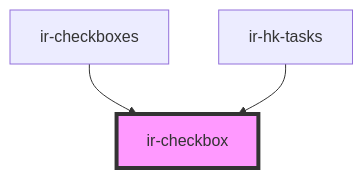
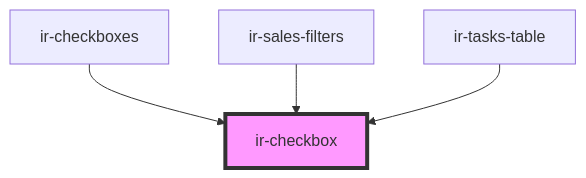
One commit to RonyRizk/ir-webcmp changed the diagram in src/components/ui/ir-checkbox/readme.md. Above: the diagram before and after it, drawn with Mermaid. The commit also changed other lines of this file and 293 other files, not shown here.

````diff
--- a/src/components/ui/ir-checkbox/readme.md
+++ b/src/components/ui/ir-checkbox/readme.md
@@ -34,6 +36,7 @@
 ```mermaid
 graph TD;
   ir-checkboxes --> ir-checkbox
-  ir-hk-tasks --> ir-checkbox
+  ir-sales-filters --> ir-checkbox
+  ir-tasks-table --> ir-checkbox
   style ir-checkbox fill:#f9f,stroke:#333,stroke-width:4px
 ```
````
